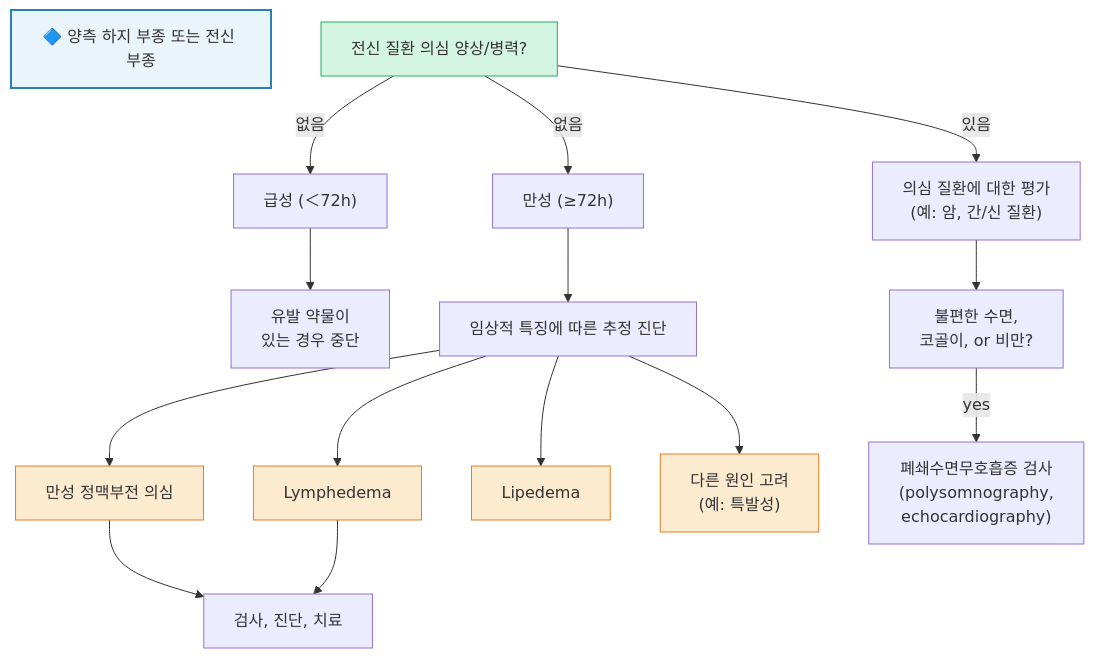
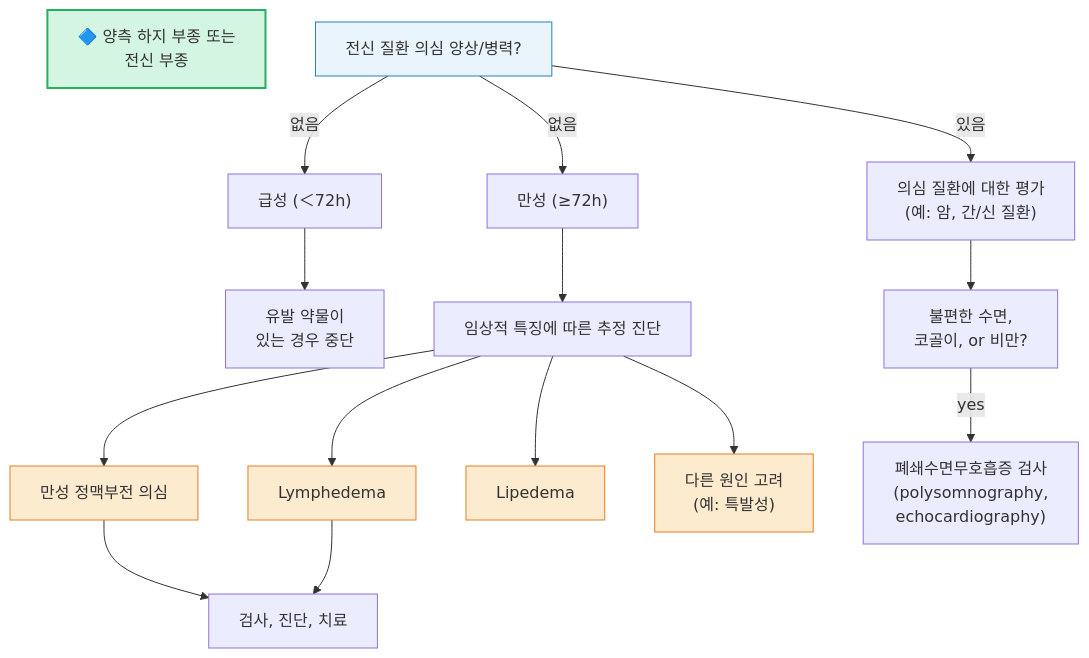
Before and after one commit to familyoh77/familyoh77: the third of 4 diagrams in 220_/012_-edema.md, drawn with Mermaid. The commit also changed other lines of this file, not shown here.

````diff
--- a/220_/012_-edema.md
+++ b/220_/012_-edema.md
@@ -213,32 +208,32 @@
 ```mermaid
 graph TD
-SG3["🔷 양측 하지 부종 또는 전신 부종"]
+SG3["🔷 양측 하지 부종 또는 <br/>전신 부종"]
 
         A3["전신 질환 의심 양상/병력?"]
         A3 -- "없음" --> B3a["급성 (＜72h)"]
         A3 -- "없음" --> B3b["만성 (≥72h)"]
         B3a --> C3a["유발 약물이
 있는 경우 중단"]
         B3b --> C3b["임상적 특징에 따른 추정 진단"]
         C3b --> D3a["만성 정맥부전 의심"]
         C3b --> D3b["Lymphedema"]
         C3b --> D3c["Lipedema"]
         C3b --> D3d["다른 원인 고려
 (예: 특발성)"]
         D3a & D3b --> E3["검사, 진단, 치료"]
         A3 -- "있음" --> B3c["의심 질환에 대한 평가
 (예: 암, 간/신 질환)"]
         B3c --> C3c["불편한 수면,
 코골이, or 비만?"]
         C3c -- "yes" --> D3e["폐쇄수면무호흡증 검사
 (polysomnography,
 echocardiography)"]
     
 
-    style SG3 fill:#eaf4fb,stroke:#2980b9,stroke-width:2px
-    style A3 fill:#d5f5e3,stroke:#27ae60
+    style SG3 fill:#d5f5e3,stroke:#27ae60,stroke-width:2px
+    style A3 fill:#eaf4fb,stroke:#2980b9
     style D3a fill:#fdebd0,stroke:#e67e22
     style D3b fill:#fdebd0,stroke:#e67e22
     style D3c fill:#fdebd0,stroke:#e67e22
     style D3d fill:#fdebd0,stroke:#e67e22
 ```
````
